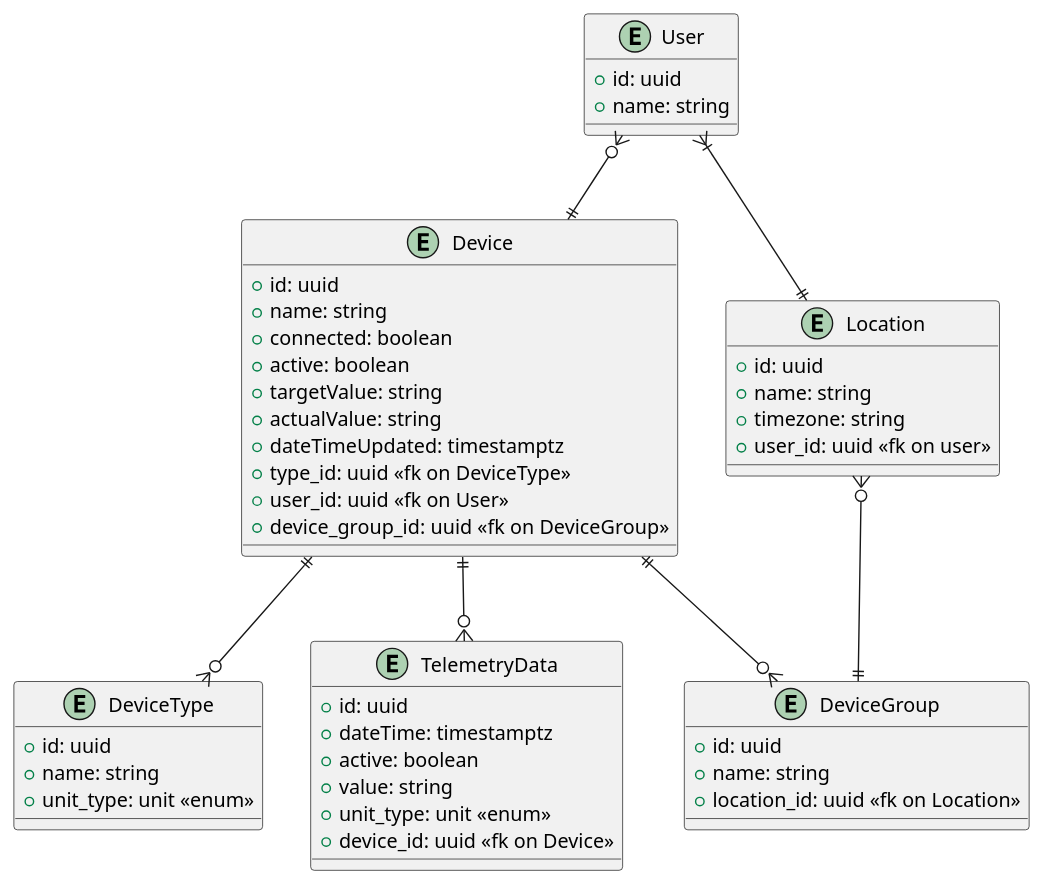
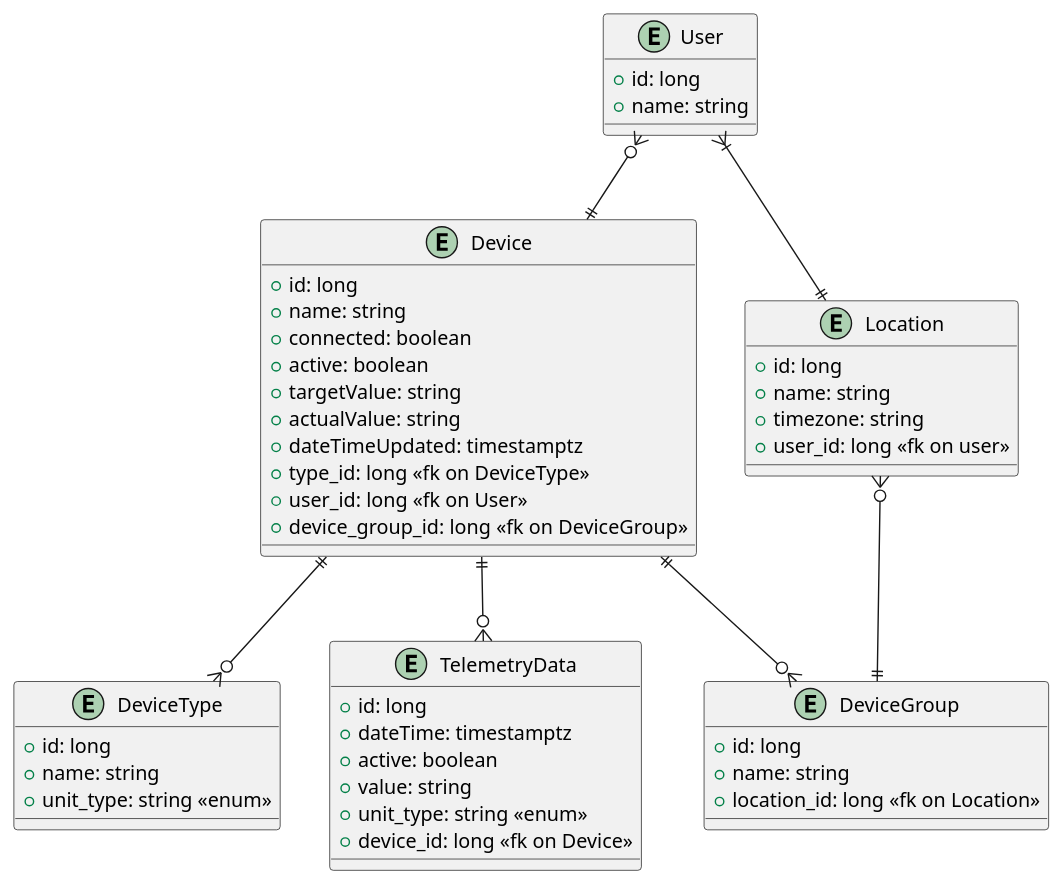
The diagram in docs/diagrams/entity/Warmhouse_ER.puml (JohnnyKikman/architecture-pro-warmhouse), drawn with PlantUML before and after one commit. The commit also changed 59 other files, not shown here.

```diff
--- a/docs/diagrams/entity/Warmhouse_ER.puml
+++ b/docs/diagrams/entity/Warmhouse_ER.puml
@@ -1,62 +1,62 @@
 @startuml
 
 'Устройство
 entity Device {
-    +id: uuid
+    +id: long
     +name: string
     +connected: boolean
     +active: boolean
     +targetValue: string
     +actualValue: string
     +dateTimeUpdated: timestamptz
-    +type_id: uuid <<fk on DeviceType>>
-    +user_id: uuid <<fk on User>>
-    +device_group_id: uuid <<fk on DeviceGroup>>
+    +type_id: long <<fk on DeviceType>>
+    +user_id: long <<fk on User>>
+    +device_group_id: long <<fk on DeviceGroup>>
 }
 
 'Тип устройства
 entity DeviceType {
-    +id: uuid
+    +id: long
     +name: string
-    +unit_type: unit <<enum>>
+    +unit_type: string <<enum>>
 }
 
 'Пользователь
 entity User {
-    +id: uuid
+    +id: long
     +name: string
 }
 
 'Местоположение (например, "Дом", "Офис" и т.д.)
 entity Location {
-    +id: uuid
+    +id: long
     +name: string
     +timezone: string
-    +user_id: uuid <<fk on user>>
+    +user_id: long <<fk on user>>
 }
 
 'Группа устройств (например, "Гостиная", "Переговорная А" и т.д.)
 entity DeviceGroup {
-    +id: uuid
+    +id: long
     +name: string
-    +location_id: uuid <<fk on Location>>
+    +location_id: long <<fk on Location>>
 }
 
 'Данные об устройстве в момент времени t
 entity TelemetryData {
-    +id: uuid
+    +id: long
     +dateTime: timestamptz
     +active: boolean
     +value: string
-    +unit_type: unit <<enum>>
-    +device_id: uuid <<fk on Device>>
+    +unit_type: string <<enum>>
+    +device_id: long <<fk on Device>>
 }
 
 User }o--|| Device
 User }|--|| Location
 Location }o--|| DeviceGroup
 Device ||--o{ DeviceGroup
 Device ||--o{ DeviceType
 Device ||--o{ TelemetryData
 
 @enduml
```
